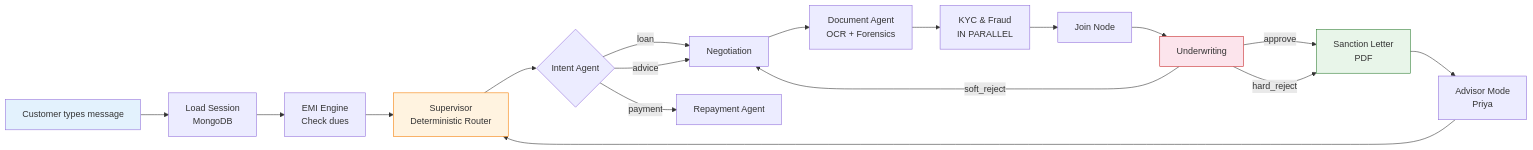
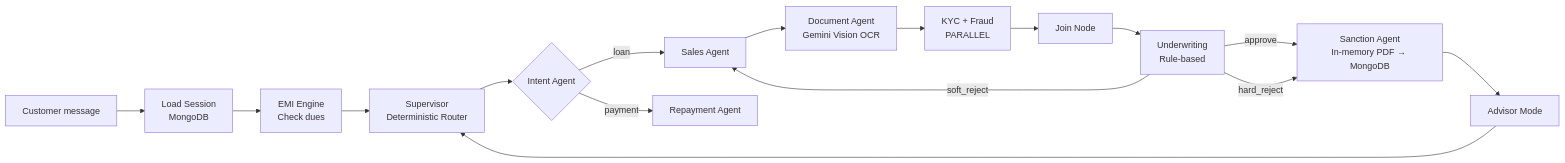
The third of 5 diagrams in README.md (SarangRao20/NBFC), drawn with Mermaid before and after one commit. The commit also changed other lines of this file and 2 other files, not shown here.

First line of the commit message:
docs: rewrite README to reflect current system architecture and capabilities

````diff
--- a/README.md
+++ b/README.md
@@ -152,24 +147,18 @@
 ```mermaid
 flowchart LR
-    A[Customer types message] --> B[Load Session<br/>MongoDB]
+    A[Customer message] --> B[Load Session<br/>MongoDB]
     B --> C[EMI Engine<br/>Check dues]
     C --> D[Supervisor<br/>Deterministic Router]
     D --> E{Intent Agent}
-    E -->|loan| F[Sales Agent<br/>Collect terms]
-    E -->|advice| F
+    E -->|loan| F[Sales Agent]
     E -->|payment| G[Repayment Agent]
-    F --> H[Document Agent<br/>OCR + Forensics]
-    H --> I[KYC & Fraud<br/>IN PARALLEL]
+    F --> H[Document Agent<br/>Gemini Vision OCR]
+    H --> I[KYC + Fraud<br/>PARALLEL]
     I --> J[Join Node]
-    J --> K[Underwriting]
-    K -->|approve| L[Sanction Letter<br/>PDF]
-    K -->|soft_reject| F[Negotiation]
+    J --> K[Underwriting<br/>Rule-based]
+    K -->|approve| L[Sanction Agent<br/>In-memory PDF → MongoDB]
+    K -->|soft_reject| F
     K -->|hard_reject| L
-    L --> M[Advisor Mode<br/>Priya]
+    L --> M[Advisor Mode]
     M --> D
-
-    style A fill:#e3f2fd
-    style D fill:#fff3e0,stroke:#f57c00
-    style K fill:#fce4ec,stroke:#c62828
-    style L fill:#e8f5e9,stroke:#2e7d32
 ```
````
